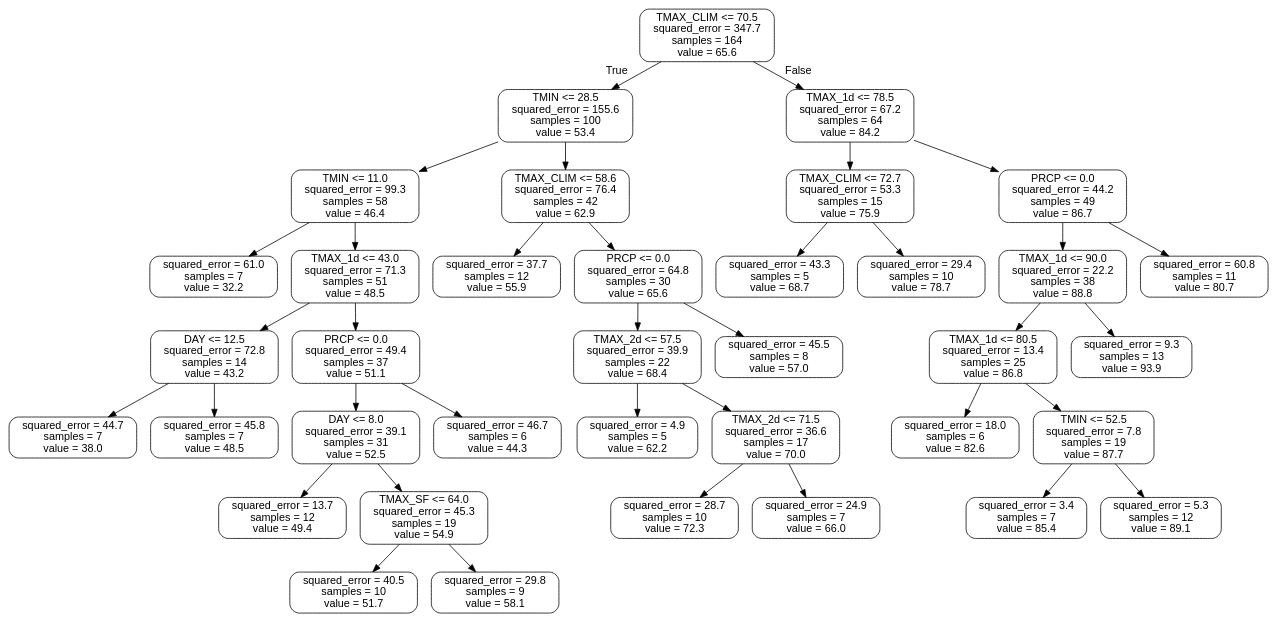
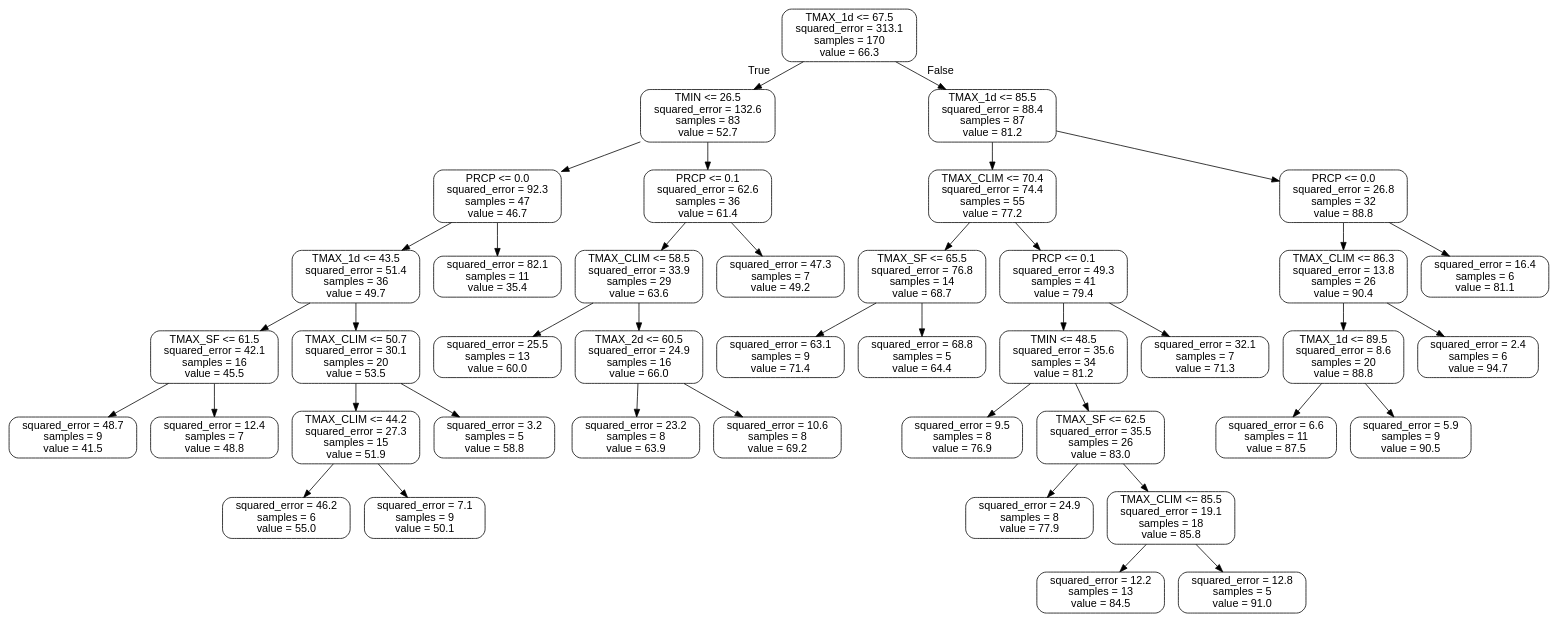
One commit to eabarnes1010/course_ml_ats changed the diagram in figures/RF_christman_field_tree.dot. Above: the diagram before and after it, drawn with Graphviz. The commit also changed 1 other file, not shown here.

Commit message:
formatting and new figure

```diff
--- a/figures/RF_christman_field_tree.dot
+++ b/figures/RF_christman_field_tree.dot
@@ -1,77 +1,85 @@
 digraph Tree {
 node [shape=box, style="rounded", color="black", fontname="helvetica"] ;
 edge [fontname="helvetica"] ;
-0 [label="TMAX_CLIM <= 70.5\nsquared_error = 347.7\nsamples = 164\nvalue = 65.6"] ;
-1 [label="TMIN <= 28.5\nsquared_error = 155.6\nsamples = 100\nvalue = 53.4"] ;
+0 [label="TMAX_1d <= 67.5\nsquared_error = 313.1\nsamples = 170\nvalue = 66.3"] ;
+1 [label="TMIN <= 26.5\nsquared_error = 132.6\nsamples = 83\nvalue = 52.7"] ;
 0 -> 1 [labeldistance=2.5, labelangle=45, headlabel="True"] ;
-2 [label="TMIN <= 11.0\nsquared_error = 99.3\nsamples = 58\nvalue = 46.4"] ;
+2 [label="PRCP <= 0.0\nsquared_error = 92.3\nsamples = 47\nvalue = 46.7"] ;
 1 -> 2 ;
-3 [label="squared_error = 61.0\nsamples = 7\nvalue = 32.2"] ;
+3 [label="TMAX_1d <= 43.5\nsquared_error = 51.4\nsamples = 36\nvalue = 49.7"] ;
 2 -> 3 ;
-4 [label="TMAX_1d <= 43.0\nsquared_error = 71.3\nsamples = 51\nvalue = 48.5"] ;
-2 -> 4 ;
-5 [label="DAY <= 12.5\nsquared_error = 72.8\nsamples = 14\nvalue = 43.2"] ;
+4 [label="TMAX_SF <= 61.5\nsquared_error = 42.1\nsamples = 16\nvalue = 45.5"] ;
+3 -> 4 ;
+5 [label="squared_error = 48.7\nsamples = 9\nvalue = 41.5"] ;
 4 -> 5 ;
-6 [label="squared_error = 44.7\nsamples = 7\nvalue = 38.0"] ;
-5 -> 6 ;
-7 [label="squared_error = 45.8\nsamples = 7\nvalue = 48.5"] ;
-5 -> 7 ;
-8 [label="PRCP <= 0.0\nsquared_error = 49.4\nsamples = 37\nvalue = 51.1"] ;
-4 -> 8 ;
-9 [label="DAY <= 8.0\nsquared_error = 39.1\nsamples = 31\nvalue = 52.5"] ;
+6 [label="squared_error = 12.4\nsamples = 7\nvalue = 48.8"] ;
+4 -> 6 ;
+7 [label="TMAX_CLIM <= 50.7\nsquared_error = 30.1\nsamples = 20\nvalue = 53.5"] ;
+3 -> 7 ;
+8 [label="TMAX_CLIM <= 44.2\nsquared_error = 27.3\nsamples = 15\nvalue = 51.9"] ;
+7 -> 8 ;
+9 [label="squared_error = 46.2\nsamples = 6\nvalue = 55.0"] ;
 8 -> 9 ;
-10 [label="squared_error = 13.7\nsamples = 12\nvalue = 49.4"] ;
-9 -> 10 ;
-11 [label="TMAX_SF <= 64.0\nsquared_error = 45.3\nsamples = 19\nvalue = 54.9"] ;
-9 -> 11 ;
-12 [label="squared_error = 40.5\nsamples = 10\nvalue = 51.7"] ;
-11 -> 12 ;
-13 [label="squared_error = 29.8\nsamples = 9\nvalue = 58.1"] ;
-11 -> 13 ;
-14 [label="squared_error = 46.7\nsamples = 6\nvalue = 44.3"] ;
-8 -> 14 ;
-15 [label="TMAX_CLIM <= 58.6\nsquared_error = 76.4\nsamples = 42\nvalue = 62.9"] ;
-1 -> 15 ;
-16 [label="squared_error = 37.7\nsamples = 12\nvalue = 55.9"] ;
-15 -> 16 ;
-17 [label="PRCP <= 0.0\nsquared_error = 64.8\nsamples = 30\nvalue = 65.6"] ;
-15 -> 17 ;
-18 [label="TMAX_2d <= 57.5\nsquared_error = 39.9\nsamples = 22\nvalue = 68.4"] ;
-17 -> 18 ;
-19 [label="squared_error = 4.9\nsamples = 5\nvalue = 62.2"] ;
-18 -> 19 ;
-20 [label="TMAX_2d <= 71.5\nsquared_error = 36.6\nsamples = 17\nvalue = 70.0"] ;
-18 -> 20 ;
-21 [label="squared_error = 28.7\nsamples = 10\nvalue = 72.3"] ;
+10 [label="squared_error = 7.1\nsamples = 9\nvalue = 50.1"] ;
+8 -> 10 ;
+11 [label="squared_error = 3.2\nsamples = 5\nvalue = 58.8"] ;
+7 -> 11 ;
+12 [label="squared_error = 82.1\nsamples = 11\nvalue = 35.4"] ;
+2 -> 12 ;
+13 [label="PRCP <= 0.1\nsquared_error = 62.6\nsamples = 36\nvalue = 61.4"] ;
+1 -> 13 ;
+14 [label="TMAX_CLIM <= 58.5\nsquared_error = 33.9\nsamples = 29\nvalue = 63.6"] ;
+13 -> 14 ;
+15 [label="squared_error = 25.5\nsamples = 13\nvalue = 60.0"] ;
+14 -> 15 ;
+16 [label="TMAX_2d <= 60.5\nsquared_error = 24.9\nsamples = 16\nvalue = 66.0"] ;
+14 -> 16 ;
+17 [label="squared_error = 23.2\nsamples = 8\nvalue = 63.9"] ;
+16 -> 17 ;
+18 [label="squared_error = 10.6\nsamples = 8\nvalue = 69.2"] ;
+16 -> 18 ;
+19 [label="squared_error = 47.3\nsamples = 7\nvalue = 49.2"] ;
+13 -> 19 ;
+20 [label="TMAX_1d <= 85.5\nsquared_error = 88.4\nsamples = 87\nvalue = 81.2"] ;
+0 -> 20 [labeldistance=2.5, labelangle=-45, headlabel="False"] ;
+21 [label="TMAX_CLIM <= 70.4\nsquared_error = 74.4\nsamples = 55\nvalue = 77.2"] ;
 20 -> 21 ;
-22 [label="squared_error = 24.9\nsamples = 7\nvalue = 66.0"] ;
-20 -> 22 ;
-23 [label="squared_error = 45.5\nsamples = 8\nvalue = 57.0"] ;
-17 -> 23 ;
-24 [label="TMAX_1d <= 78.5\nsquared_error = 67.2\nsamples = 64\nvalue = 84.2"] ;
-0 -> 24 [labeldistance=2.5, labelangle=-45, headlabel="False"] ;
-25 [label="TMAX_CLIM <= 72.7\nsquared_error = 53.3\nsamples = 15\nvalue = 75.9"] ;
-24 -> 25 ;
-26 [label="squared_error = 43.3\nsamples = 5\nvalue = 68.7"] ;
+22 [label="TMAX_SF <= 65.5\nsquared_error = 76.8\nsamples = 14\nvalue = 68.7"] ;
+21 -> 22 ;
+23 [label="squared_error = 63.1\nsamples = 9\nvalue = 71.4"] ;
+22 -> 23 ;
+24 [label="squared_error = 68.8\nsamples = 5\nvalue = 64.4"] ;
+22 -> 24 ;
+25 [label="PRCP <= 0.1\nsquared_error = 49.3\nsamples = 41\nvalue = 79.4"] ;
+21 -> 25 ;
+26 [label="TMIN <= 48.5\nsquared_error = 35.6\nsamples = 34\nvalue = 81.2"] ;
 25 -> 26 ;
-27 [label="squared_error = 29.4\nsamples = 10\nvalue = 78.7"] ;
-25 -> 27 ;
-28 [label="PRCP <= 0.0\nsquared_error = 44.2\nsamples = 49\nvalue = 86.7"] ;
-24 -> 28 ;
-29 [label="TMAX_1d <= 90.0\nsquared_error = 22.2\nsamples = 38\nvalue = 88.8"] ;
+27 [label="squared_error = 9.5\nsamples = 8\nvalue = 76.9"] ;
+26 -> 27 ;
+28 [label="TMAX_SF <= 62.5\nsquared_error = 35.5\nsamples = 26\nvalue = 83.0"] ;
+26 -> 28 ;
+29 [label="squared_error = 24.9\nsamples = 8\nvalue = 77.9"] ;
 28 -> 29 ;
-30 [label="TMAX_1d <= 80.5\nsquared_error = 13.4\nsamples = 25\nvalue = 86.8"] ;
-29 -> 30 ;
-31 [label="squared_error = 18.0\nsamples = 6\nvalue = 82.6"] ;
+30 [label="TMAX_CLIM <= 85.5\nsquared_error = 19.1\nsamples = 18\nvalue = 85.8"] ;
+28 -> 30 ;
+31 [label="squared_error = 12.2\nsamples = 13\nvalue = 84.5"] ;
 30 -> 31 ;
-32 [label="TMIN <= 52.5\nsquared_error = 7.8\nsamples = 19\nvalue = 87.7"] ;
+32 [label="squared_error = 12.8\nsamples = 5\nvalue = 91.0"] ;
 30 -> 32 ;
-33 [label="squared_error = 3.4\nsamples = 7\nvalue = 85.4"] ;
-32 -> 33 ;
-34 [label="squared_error = 5.3\nsamples = 12\nvalue = 89.1"] ;
-32 -> 34 ;
-35 [label="squared_error = 9.3\nsamples = 13\nvalue = 93.9"] ;
-29 -> 35 ;
-36 [label="squared_error = 60.8\nsamples = 11\nvalue = 80.7"] ;
-28 -> 36 ;
+33 [label="squared_error = 32.1\nsamples = 7\nvalue = 71.3"] ;
+25 -> 33 ;
+34 [label="PRCP <= 0.0\nsquared_error = 26.8\nsamples = 32\nvalue = 88.8"] ;
+20 -> 34 ;
+35 [label="TMAX_CLIM <= 86.3\nsquared_error = 13.8\nsamples = 26\nvalue = 90.4"] ;
+34 -> 35 ;
+36 [label="TMAX_1d <= 89.5\nsquared_error = 8.6\nsamples = 20\nvalue = 88.8"] ;
+35 -> 36 ;
+37 [label="squared_error = 6.6\nsamples = 11\nvalue = 87.5"] ;
+36 -> 37 ;
+38 [label="squared_error = 5.9\nsamples = 9\nvalue = 90.5"] ;
+36 -> 38 ;
+39 [label="squared_error = 2.4\nsamples = 6\nvalue = 94.7"] ;
+35 -> 39 ;
+40 [label="squared_error = 16.4\nsamples = 6\nvalue = 81.1"] ;
+34 -> 40 ;
 }
```
